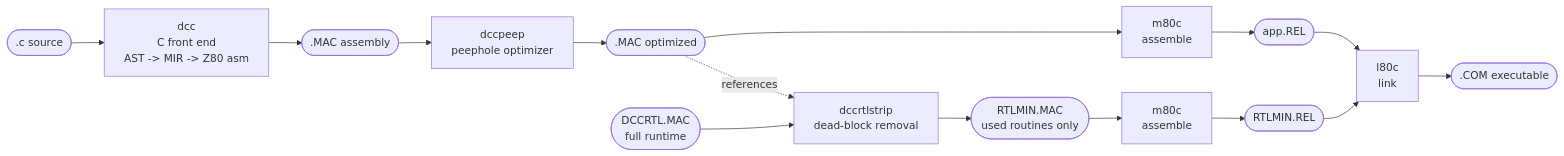
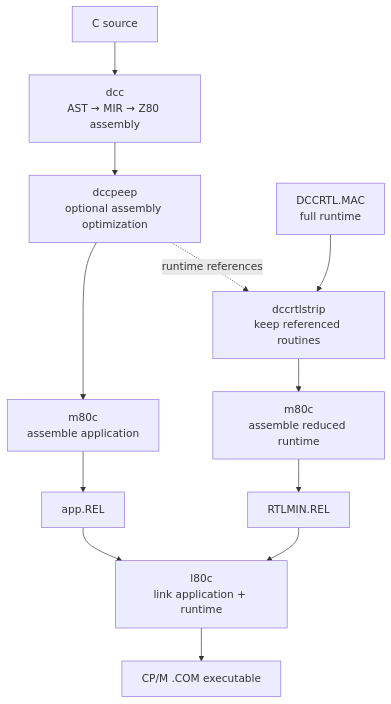
The first of 5 diagrams in docs/docs/en/appendix/00-architecture.md (davidly/dcc), drawn with Mermaid before and after one commit. The commit also changed other lines of this file, not shown here.

Commit message:
Improve architecture diagram readability

````diff
--- a/docs/docs/en/appendix/00-architecture.md
+++ b/docs/docs/en/appendix/00-architecture.md
@@ -36,17 +36,16 @@
 ```mermaid
-flowchart LR
-    SRC([".c source"]) --> DCC["dcc<br/>C front end<br/>AST -> MIR -> Z80 asm"]
-    DCC --> MAC([".MAC assembly"])
-    MAC --> PEEP["dccpeep<br/>peephole optimizer"]
-    PEEP --> MAC2([".MAC optimized"])
-    MAC2 --> M80A["m80c<br/>assemble"]
-    RTL([" DCCRTL.MAC<br/>full runtime"]) --> STRIP["dccrtlstrip<br/>dead-block removal"]
-    MAC2 -. references .-> STRIP
-    STRIP --> RTLMIN([" RTLMIN.MAC<br/>used routines only"])
-    RTLMIN --> M80B["m80c<br/>assemble"]
-    M80A --> REL([" app.REL"])
-    M80B --> RRTL([" RTLMIN.REL"])
-    REL --> L80["l80c<br/>link"]
-    RRTL --> L80
-    L80 --> COM([".COM executable"])
+flowchart TB
+  SRC["C source"] --> DCC["dcc<br/>AST → MIR → Z80 assembly"]
+  DCC --> PEEP["dccpeep<br/>optional assembly optimization"]
+  PEEP --> APPASM["m80c<br/>assemble application"]
+  APPASM --> APPREL["app.REL"]
+
+  RTL["DCCRTL.MAC<br/>full runtime"] --> STRIP["dccrtlstrip<br/>keep referenced routines"]
+  PEEP -. runtime references .-> STRIP
+  STRIP --> RTLASM["m80c<br/>assemble reduced runtime"]
+  RTLASM --> RTLREL["RTLMIN.REL"]
+
+  APPREL --> LINK["l80c<br/>link application + runtime"]
+  RTLREL --> LINK
+  LINK --> COM["CP/M .COM executable"]
 ```
````
